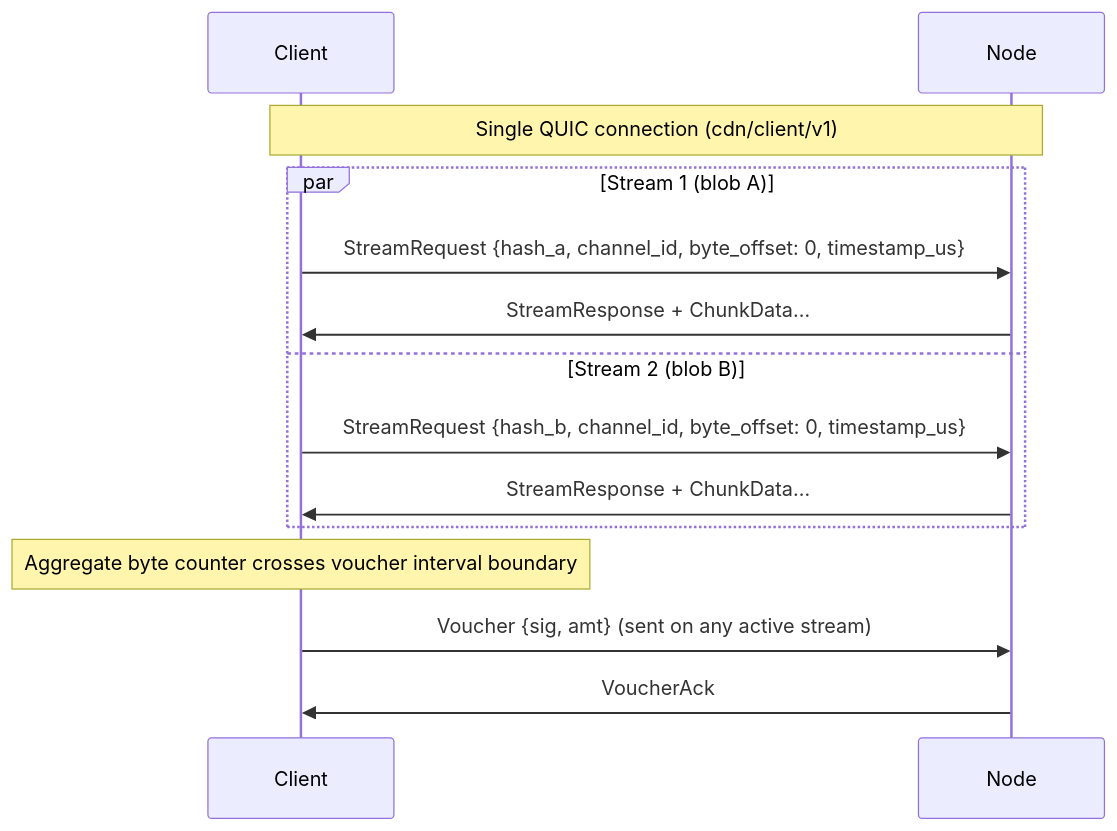
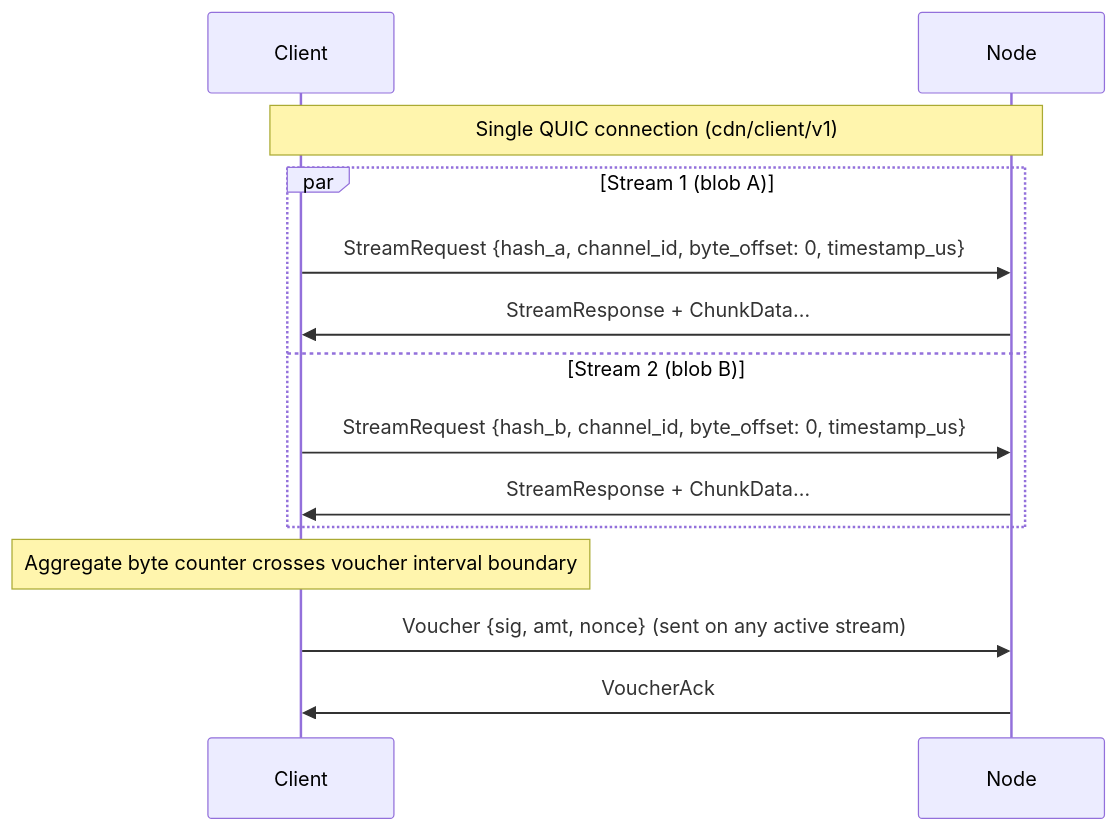
Before and after one commit to decdn/decdn: the fourth of 4 diagrams in adr/005-protocol.md, drawn with Mermaid. The commit also changed other lines of this file and 1 other file, not shown here.

First line of the commit message:
docs: add explicit nonce to voucher wire format (#160)

````diff
--- a/adr/005-protocol.md
+++ b/adr/005-protocol.md
@@ -192,19 +192,19 @@
 ```mermaid
 sequenceDiagram
     participant C as Client
     participant N as Node
 
     Note over C,N: Single QUIC connection (cdn/client/v1)
 
     par Stream 1 (blob A)
         C->>N: StreamRequest {hash_a, channel_id, byte_offset: 0, timestamp_us}
         N->>C: StreamResponse + ChunkData…
     and Stream 2 (blob B)
         C->>N: StreamRequest {hash_b, channel_id, byte_offset: 0, timestamp_us}
         N->>C: StreamResponse + ChunkData…
     end
 
     Note over C: Aggregate byte counter crosses voucher interval boundary
-    C->>N: Voucher {sig, amt} (sent on any active stream)
+    C->>N: Voucher {sig, amt, nonce} (sent on any active stream)
     N->>C: VoucherAck
 ```
````
